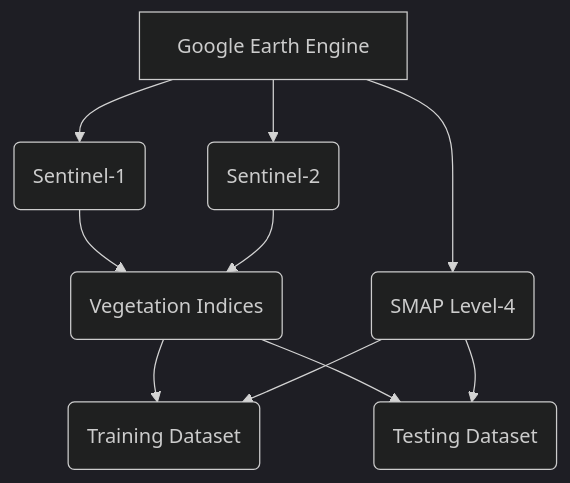
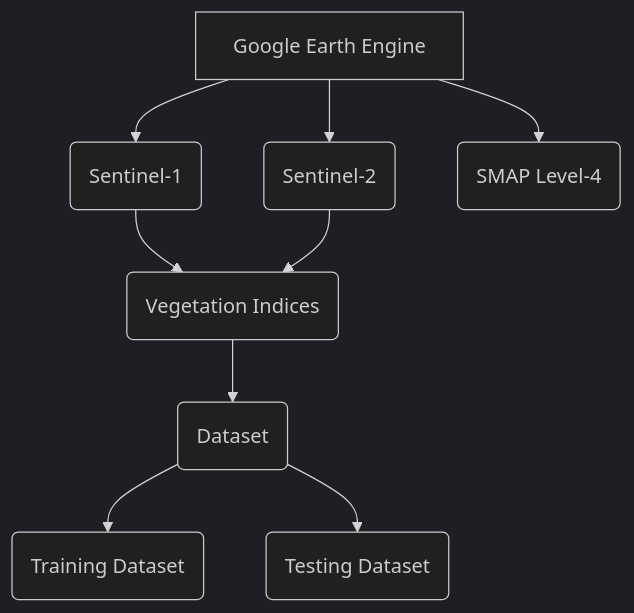
Before and after one commit to ITU-GeoAI-Challenge/3rd_place_cropland_mapping: the diagram in README.md, drawn with Mermaid (dark theme).

````diff
--- a/README.md
+++ b/README.md
@@ -14,16 +14,14 @@
 ```mermaid
 graph TD
     A[Google Earth Engine] --> B(Sentinel-1)
     A --> C(Sentinel-2)
     A --> D(SMAP Level-4)
 
     B --> E(Vegetation Indices)
     C --> E
 
-    E --> F(Training Dataset)
-    E --> G(Testing Dataset)
-
-    D --> G
-    D --> F
+    E --> F(Dataset)
+    F --> G(Training Dataset)
+    F --> K(Testing Dataset)
 
 ```
````
